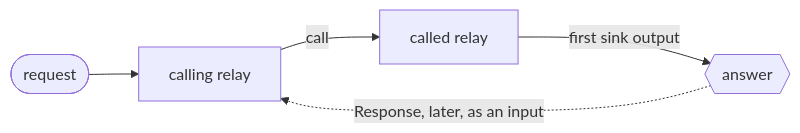
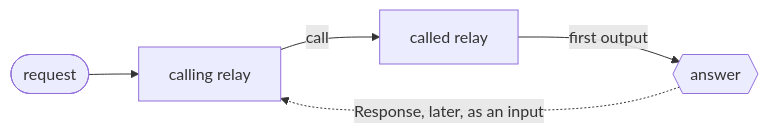
Before and after one commit to Flezha/flezha: the diagram in docs/topics/advanced/relay_calls.md, drawn with Mermaid. The commit also changed other lines of this file and 236 other files, not shown here.

First line of the commit message:
Call a relay's exit an output instead of a sink

````diff
--- a/docs/topics/advanced/relay_calls.md
+++ b/docs/topics/advanced/relay_calls.md
@@ -22,7 +22,7 @@
 ```mermaid
 flowchart LR
     P(["request"]) --> G["calling relay"]
     G -->|"call"| S["called relay"]
-    S -->|"first sink output"| A{{"answer"}}
+    S -->|"first output"| A{{"answer"}}
     A -.->|"Response, later, as an input"| G
 ```
````
